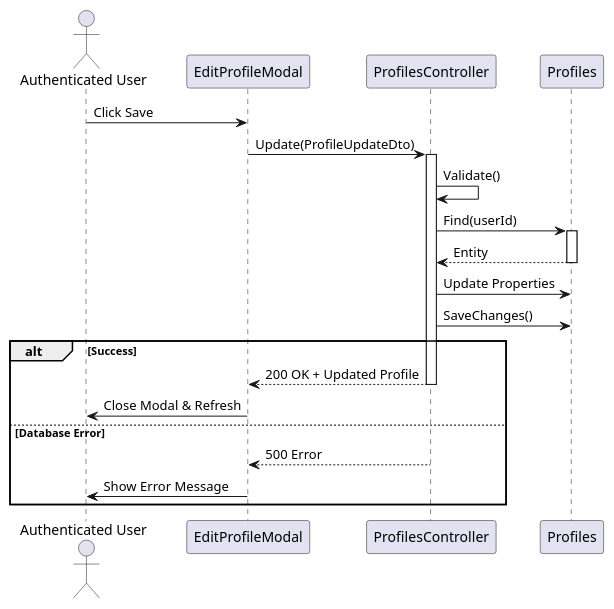
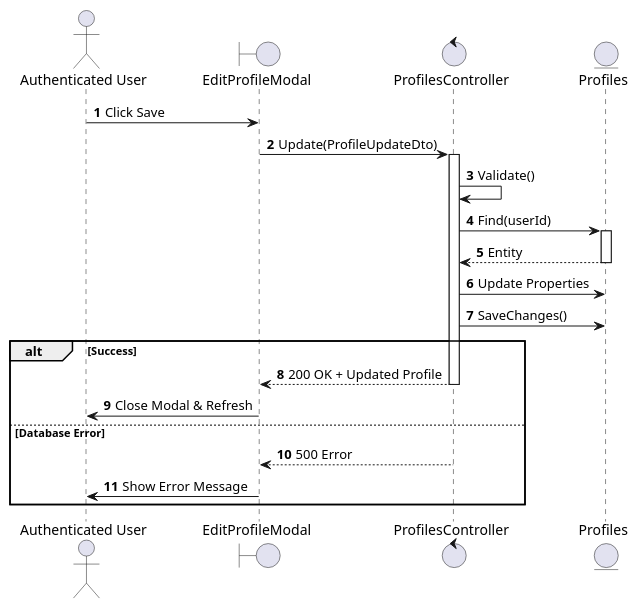
The fourth of 8 diagrams in UC_2.1.9_Adjust_User_Settings.md (I-Love-U-3000/Favi-BE), drawn with PlantUML before and after one commit. The commit also changed other lines of this file and 36 other files, not shown here.

````diff
--- a/UC_2.1.9_Adjust_User_Settings.md
+++ b/UC_2.1.9_Adjust_User_Settings.md
@@ -73,28 +144,29 @@
 ```plantuml
 @startuml
+autonumber
 actor "Authenticated User" as User
-participant "EditProfileModal" as View
-participant "ProfilesController" as Controller
-participant "Profiles" as DB
+boundary "EditProfileModal" as View
+control "ProfilesController" as Controller
+entity "Profiles" as DB
 
 User -> View: Click Save
 View -> Controller: Update(ProfileUpdateDto)
 activate Controller
 Controller -> Controller: Validate()
 Controller -> DB: Find(userId)
 activate DB
 DB --> Controller: Entity
 deactivate DB
 Controller -> DB: Update Properties
 Controller -> DB: SaveChanges()
 alt Success
     Controller --> View: 200 OK + Updated Profile
     deactivate Controller
     View -> User: Close Modal & Refresh
 else Database Error
     Controller --> View: 500 Error
     deactivate Controller
     View -> User: Show Error Message
 end
 @enduml
 ```
````
